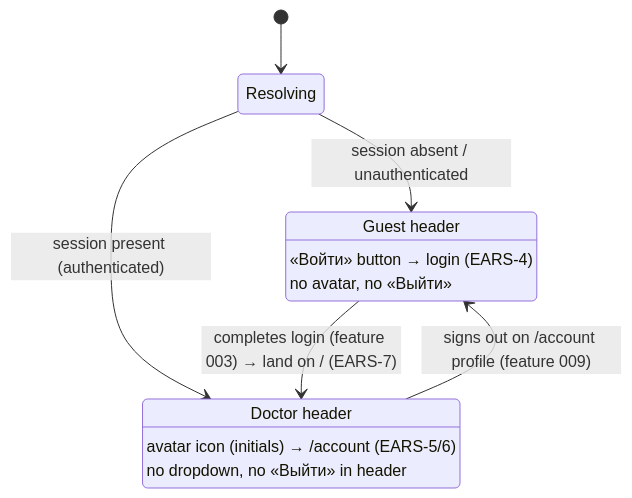
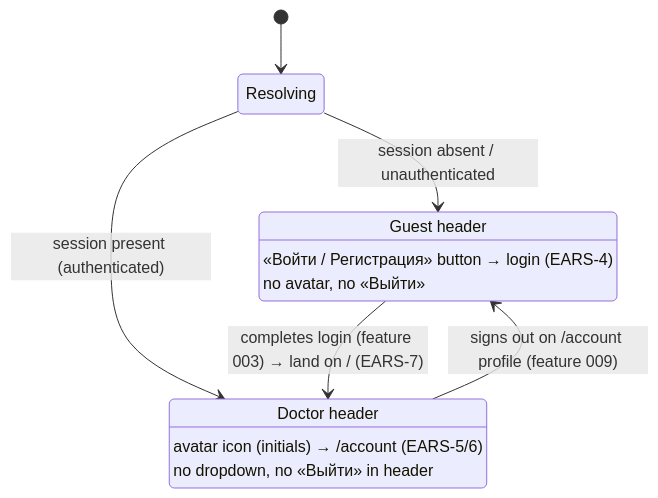
One commit to doctor-school/ds-platform changed the third of 4 diagrams in apps/docs/content/specs/features/008-portal-shell/008-design.md. Above: the diagram before and after it, drawn with Mermaid. The commit also changed other lines of this file and 119 other files, not shown here.

````diff
--- a/apps/docs/content/specs/features/008-portal-shell/008-design.md
+++ b/apps/docs/content/specs/features/008-portal-shell/008-design.md
@@ -72,17 +72,17 @@
 ```mermaid
 stateDiagram-v2
   [*] --> Resolving
   Resolving --> Guest: session absent / unauthenticated
   Resolving --> Doctor: session present (authenticated)
 
   Guest: Guest header
-  Guest: «Войти» button → login (EARS-4)
+  Guest: «Войти / Регистрация» button → login (EARS-4)
   Guest: no avatar, no «Выйти»
 
   Doctor: Doctor header
   Doctor: avatar icon (initials) → /account (EARS-5/6)
   Doctor: no dropdown, no «Выйти» in header
 
   Guest --> Doctor: completes login (feature 003) → land on / (EARS-7)
   Doctor --> Guest: signs out on /account profile (feature 009)
 ```
````
